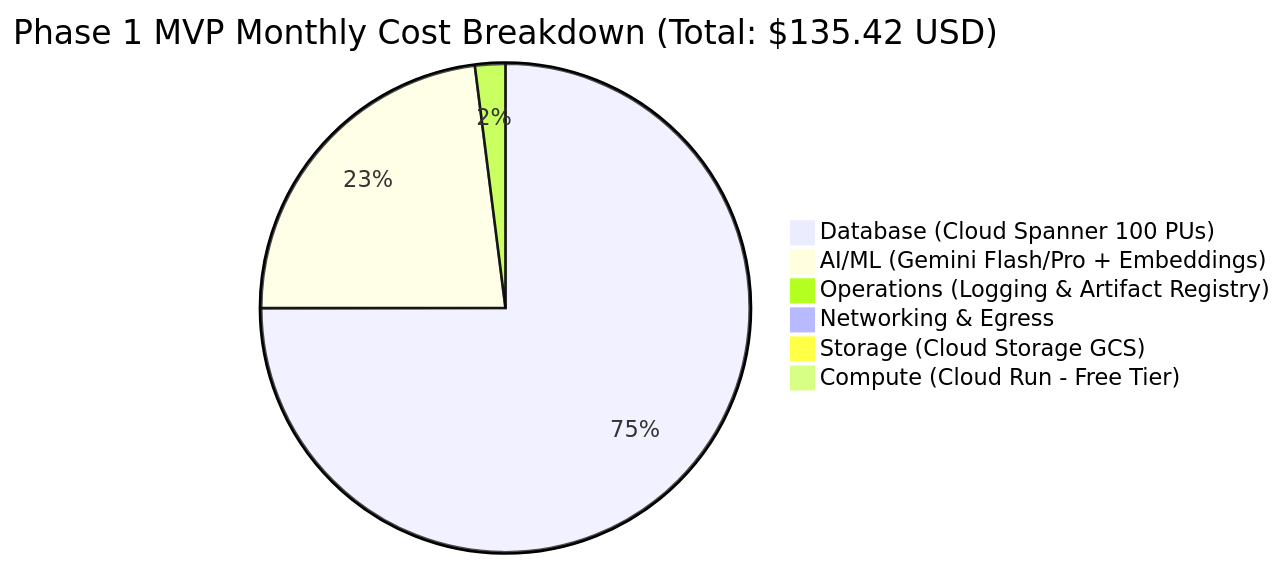
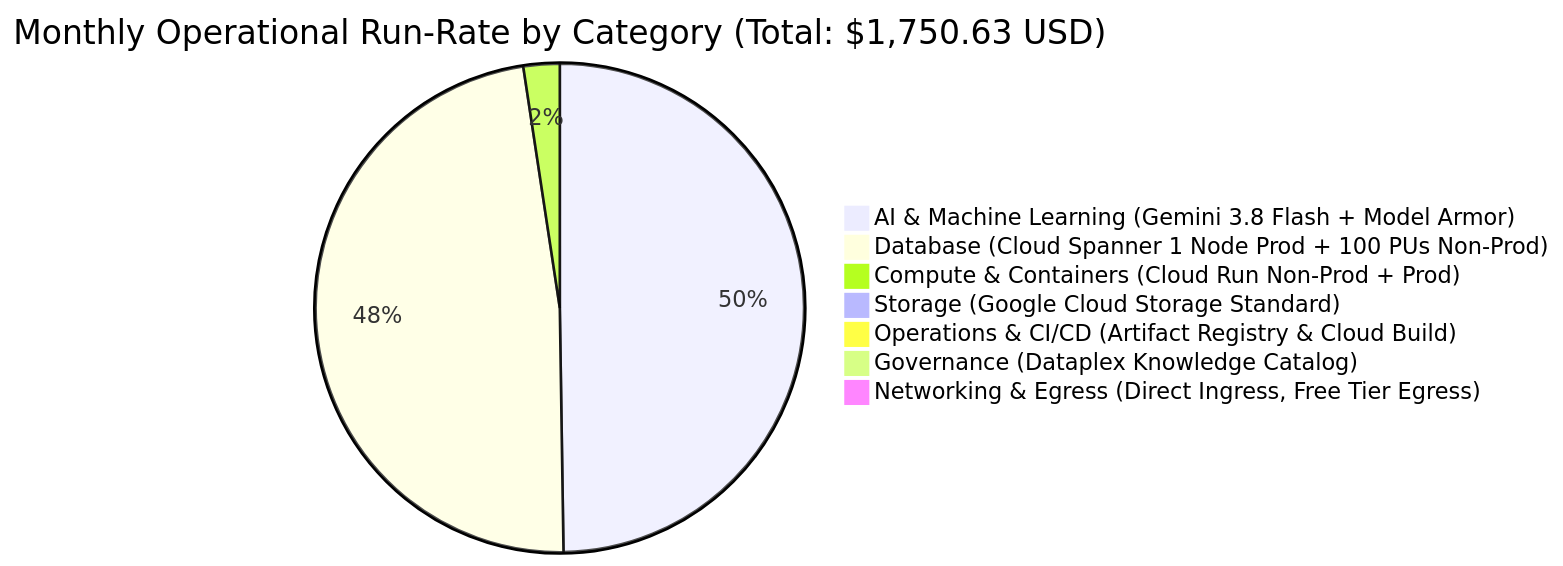
Before and after one commit to pantana-na/pttep-kg: the diagram in docs/gcp_cost_estimate_hazop_platform.md, drawn with Mermaid. The commit also changed other lines of this file and 2 other files, not shown here.

Commit message:
docs: update architecture diagrams to replace LLM wiki with Google Cloud Storage and refresh GCP cost estimation

````diff
--- a/docs/gcp_cost_estimate_hazop_platform.md
+++ b/docs/gcp_cost_estimate_hazop_platform.md
@@ -89,9 +30,10 @@
 ```mermaid
-pie title Phase 1 MVP Monthly Cost Breakdown (Total: $135.42 USD)
-    "Database (Cloud Spanner 100 PUs)" : 101.04
-    "AI/ML (Gemini Flash/Pro + Embeddings)" : 31.00
-    "Operations (Logging & Artifact Registry)" : 2.70
-    "Networking & Egress" : 0.60
-    "Storage (Cloud Storage GCS)" : 0.08
-    "Compute (Cloud Run - Free Tier)" : 0.00
+pie title Monthly Operational Run-Rate by Category (Total: $1,750.63 USD)
+    "AI & Machine Learning (Gemini 3.8 Flash + Model Armor)" : 870.00
+    "Database (Cloud Spanner 1 Node Prod + 100 PUs Non-Prod)" : 836.59
+    "Compute & Containers (Cloud Run Non-Prod + Prod)" : 41.87
+    "Storage (Google Cloud Storage Standard)" : 1.18
+    "Operations & CI/CD (Artifact Registry & Cloud Build)" : 0.95
+    "Governance (Dataplex Knowledge Catalog)" : 0.04
+    "Networking & Egress (Direct Ingress, Free Tier Egress)" : 0.00
 ```
````
